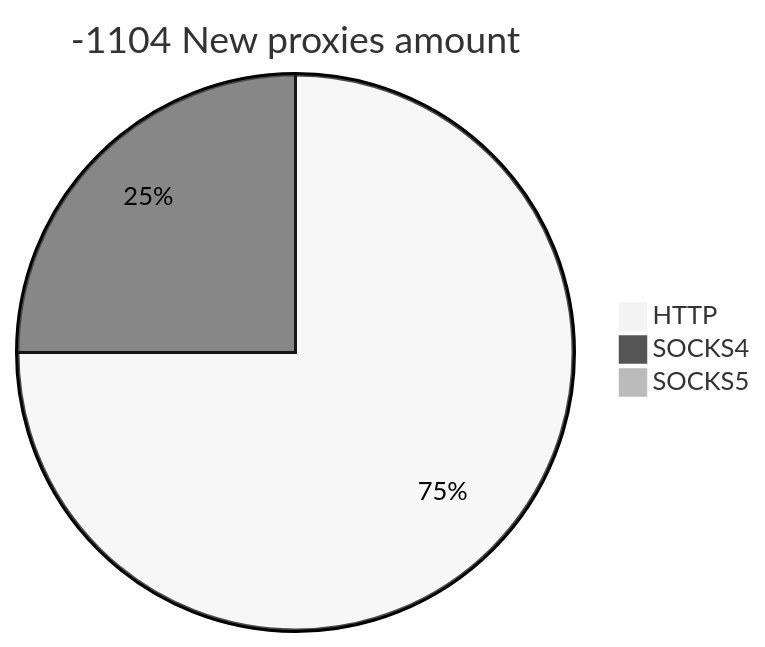
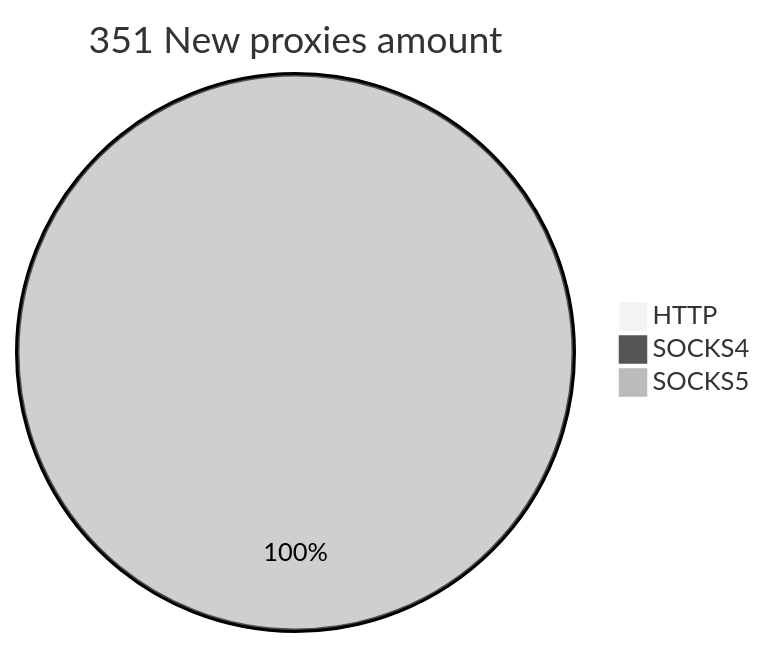
One commit to cutipu/proxylist changed the second of 2 diagrams in README.md. Above: the diagram before and after it, drawn with Mermaid (neutral theme). The commit also changed other lines of this file, not shown here.

````diff
--- a/README.md
+++ b/README.md
@@ -10,6 +10,6 @@
 ```mermaid
-pie title -1104 New proxies amount
-    "HTTP" : 3
-    "SOCKS4" : 1
-    "SOCKS5" : 0
+pie title 351 New proxies amount
+    "HTTP" : 0
+    "SOCKS4" : 0
+    "SOCKS5" : 1078
 ```
````
